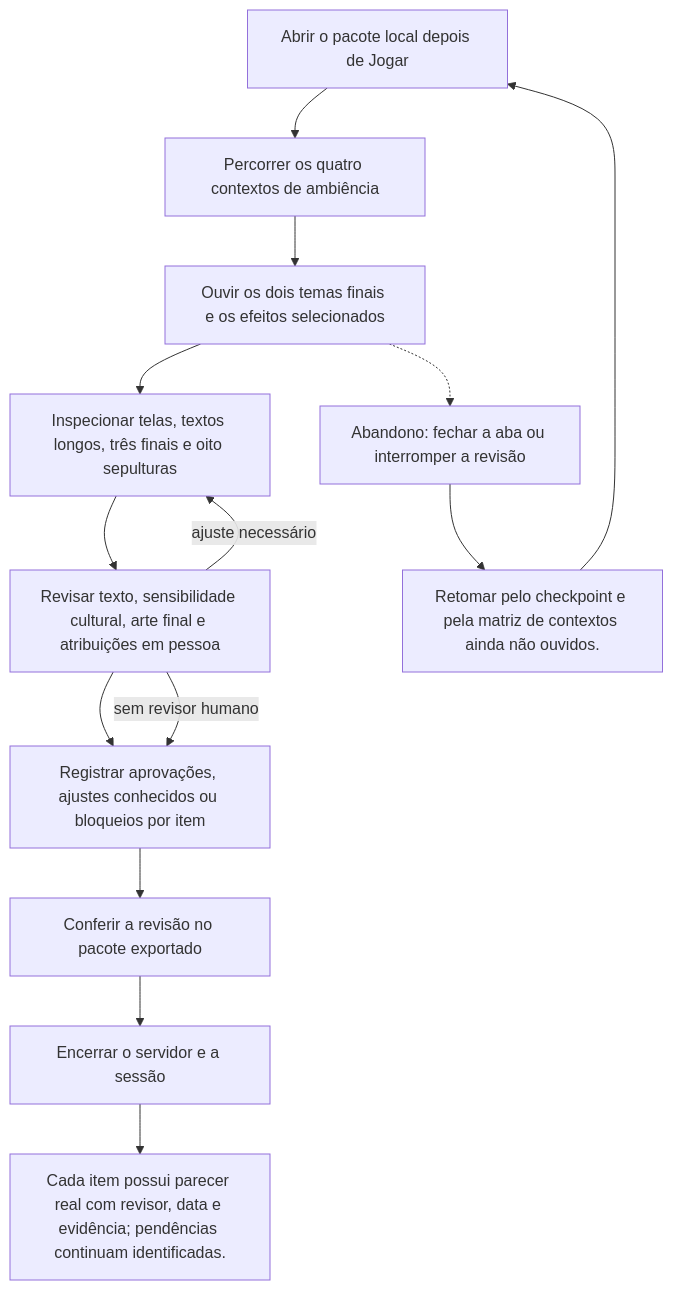
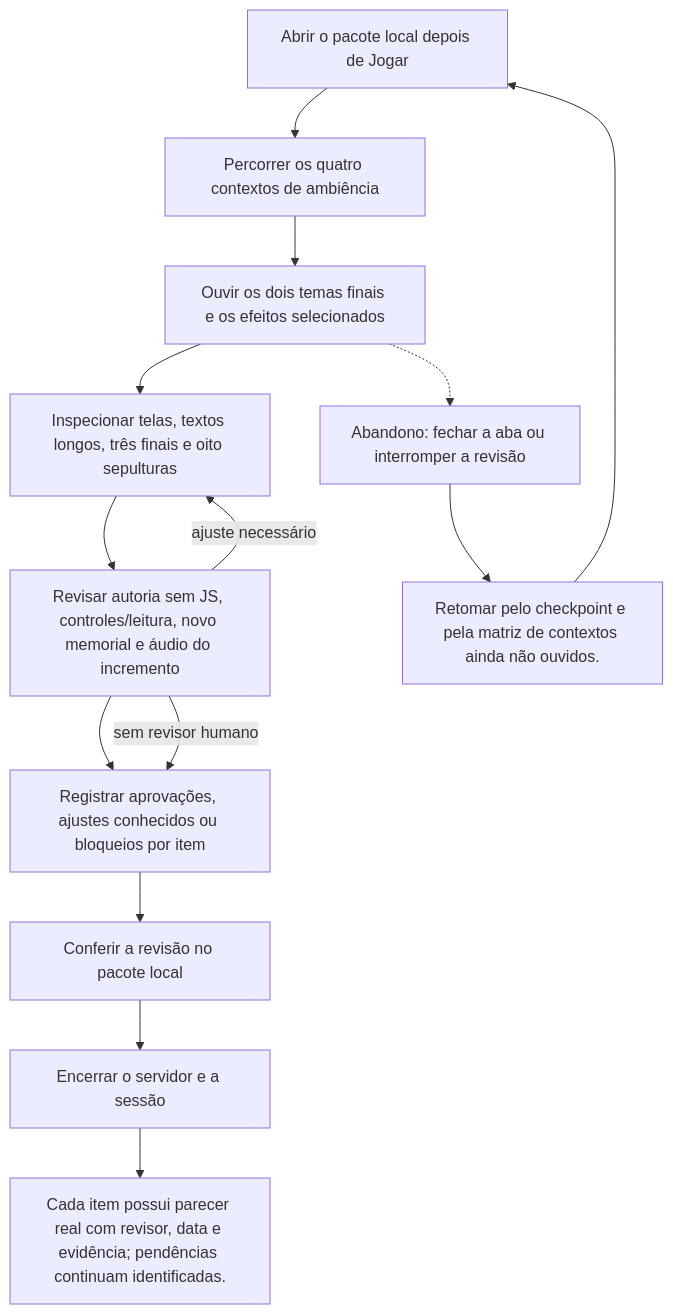
The diagram in docs/qa/journeys/J-mz-creative-review.md (edneyreis999/gamejam-vn-terror), drawn with Mermaid before and after one commit. The commit also changed other lines of this file and 199 other files, not shown here.

````diff
--- a/docs/qa/journeys/J-mz-creative-review.md
+++ b/docs/qa/journeys/J-mz-creative-review.md
@@ -3,17 +3,17 @@
 ```mermaid
 flowchart TD
 A["Abrir o pacote local depois de Jogar"] --> B
 B["Percorrer os quatro contextos de ambiência"] --> C
 C["Ouvir os dois temas finais e os efeitos selecionados"] --> D
 D["Inspecionar telas, textos longos, três finais e oito sepulturas"] --> E
-E["Revisar texto, sensibilidade cultural, arte final e atribuições em pessoa"] --> F
+E["Revisar autoria sem JS, controles/leitura, novo memorial e áudio do incremento"] --> F
 F["Registrar aprovações, ajustes conhecidos ou bloqueios por item"] --> G
-G["Conferir a revisão no pacote exportado"] --> H
+G["Conferir a revisão no pacote local"] --> H
 H["Encerrar o servidor e a sessão"]
 E -->|ajuste necessário| D
 E -->|sem revisor humano| F
 C -.-> X["Abandono: fechar a aba ou interromper a revisão"]
 X --> R["Retomar pelo checkpoint e pela matriz de contextos ainda não ouvidos."]
 R --> A
 H --> Z["Cada item possui parecer real com revisor, data e evidência; pendências continuam identificadas."]
 ```
````
